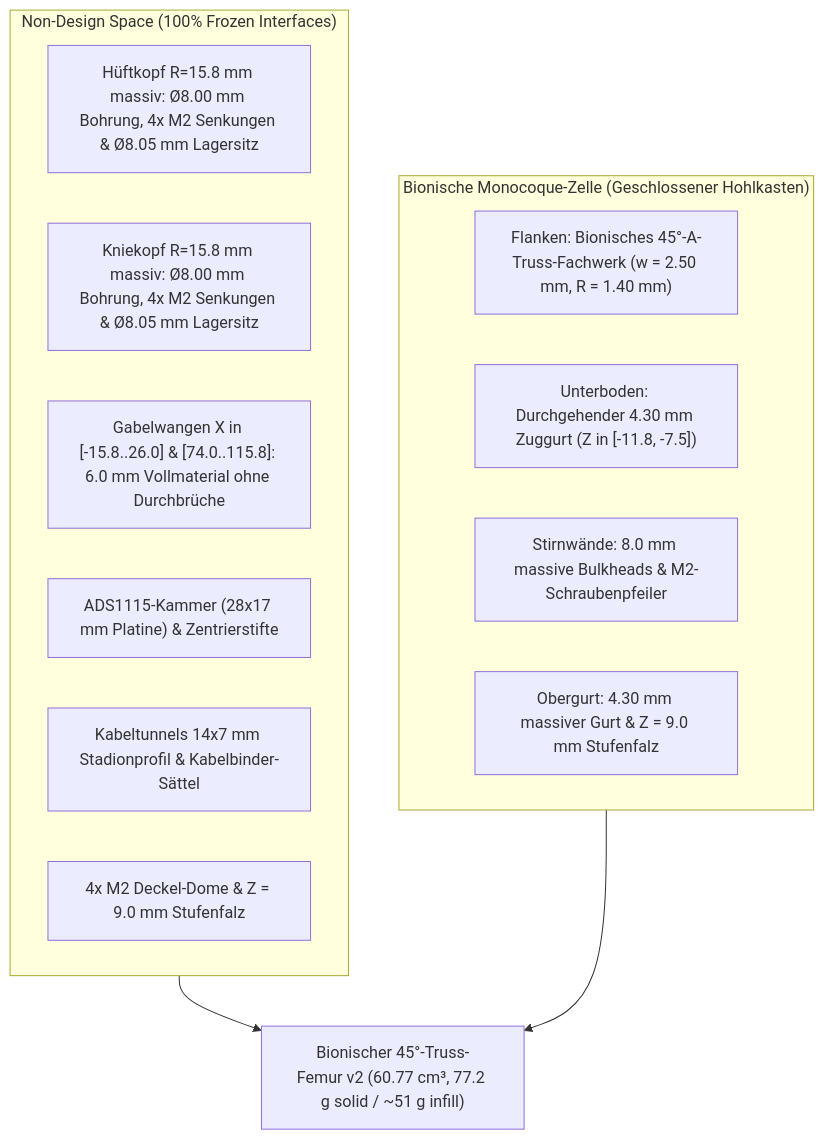
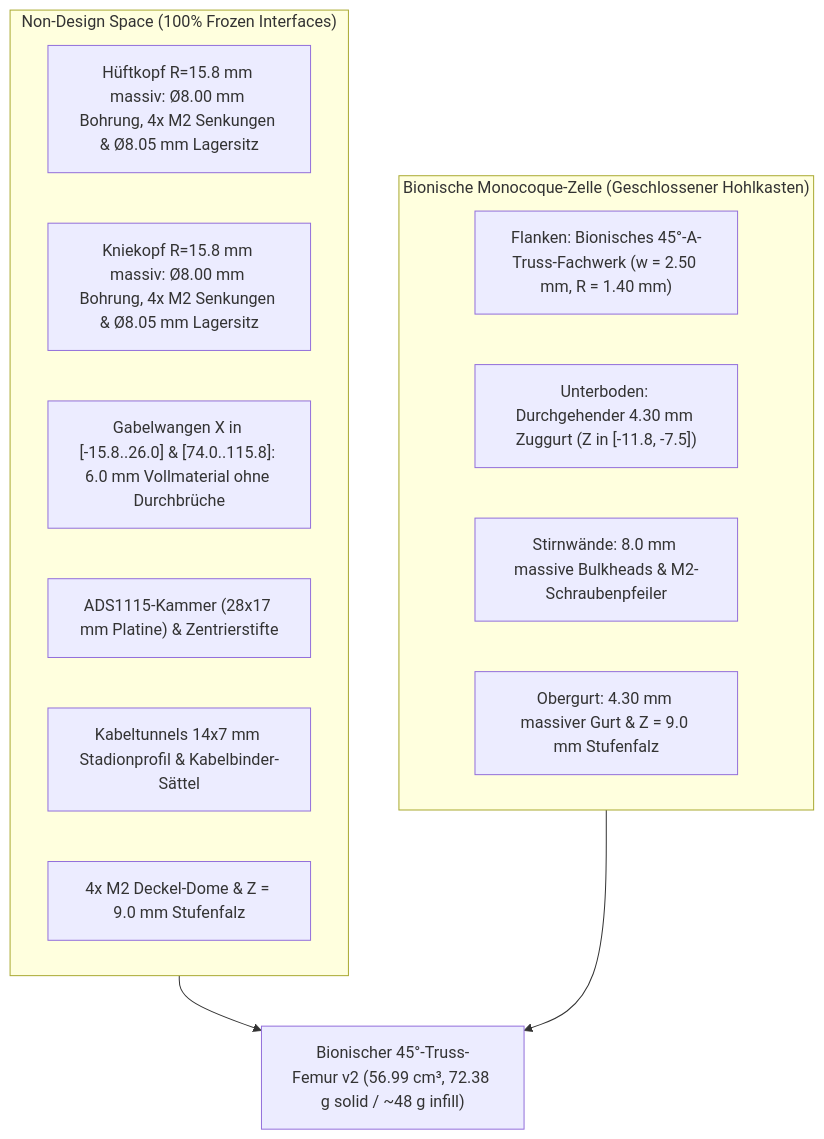
One commit to vern-da-coda/lasius changed the third of 3 diagrams in docs/hardware/femur_topology_optimization_report.md. Above: the diagram before and after it, drawn with Mermaid. The commit also changed other lines of this file and 13 other files, not shown here.

````diff
--- a/docs/hardware/femur_topology_optimization_report.md
+++ b/docs/hardware/femur_topology_optimization_report.md
@@ -88,21 +88,21 @@
 ```mermaid
 flowchart TD
     subgraph NonDesign["Non-Design Space (100% Frozen Interfaces)"]
         H["Hüftkopf R=15.8 mm massiv: Ø8.00 mm Bohrung, 4x M2 Senkungen & Ø8.05 mm Lagersitz"]
         K["Kniekopf R=15.8 mm massiv: Ø8.00 mm Bohrung, 4x M2 Senkungen & Ø8.05 mm Lagersitz"]
         CH["Gabelwangen X in [-15.8..26.0] & [74.0..115.8]: 6.0 mm Vollmaterial ohne Durchbrüche"]
         ADC["ADS1115-Kammer (28x17 mm Platine) & Zentrierstifte"]
         CAB["Kabeltunnels 14x7 mm Stadionprofil & Kabelbinder-Sättel"]
         COV["4x M2 Deckel-Dome & Z = 9.0 mm Stufenfalz"]
     end
 
     subgraph Monocoque["Bionische Monocoque-Zelle (Geschlossener Hohlkasten)"]
         FL["Flanken: Bionisches 45°-A-Truss-Fachwerk (w = 2.50 mm, R = 1.40 mm)"]
         BOT["Unterboden: Durchgehender 4.30 mm Zuggurt (Z in [-11.8, -7.5])"]
         BH["Stirnwände: 8.0 mm massive Bulkheads & M2-Schraubenpfeiler"]
         ROOF["Obergurt: 4.30 mm massiver Gurt & Z = 9.0 mm Stufenfalz"]
     end
 
-    NonDesign --> Result["Bionischer 45°-Truss-Femur v2 (60.77 cm³, 77.2 g solid / ~51 g infill)"]
+    NonDesign --> Result["Bionischer 45°-Truss-Femur v2 (56.99 cm³, 72.38 g solid / ~48 g infill)"]
     Monocoque --> Result
 ```
````
